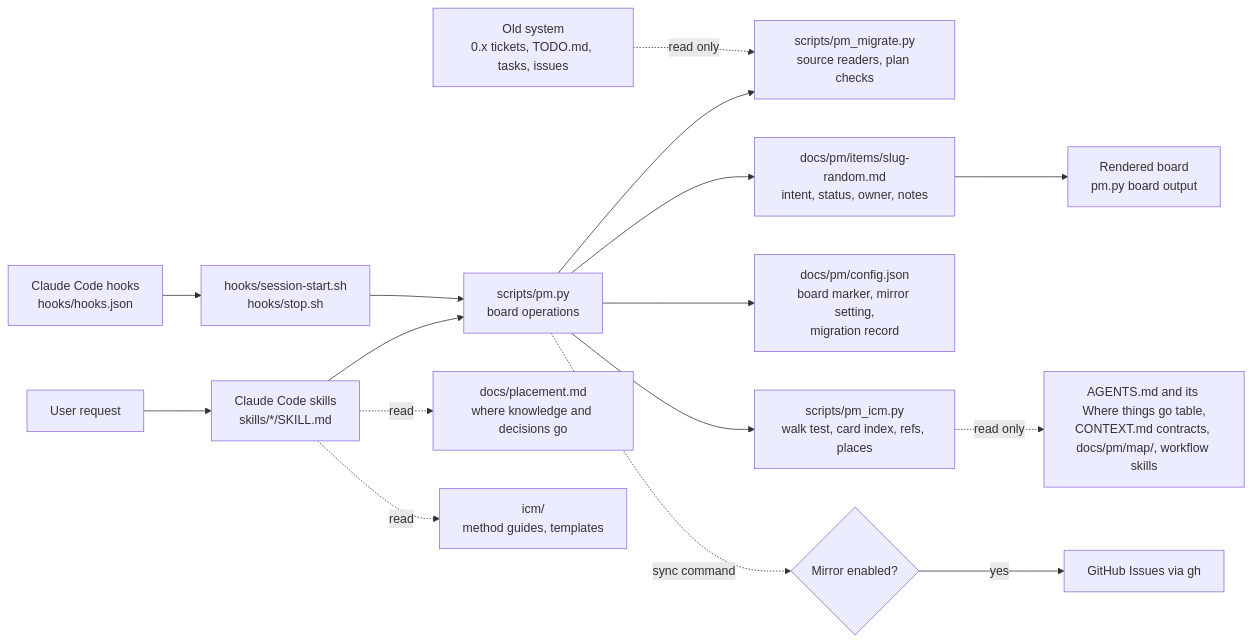
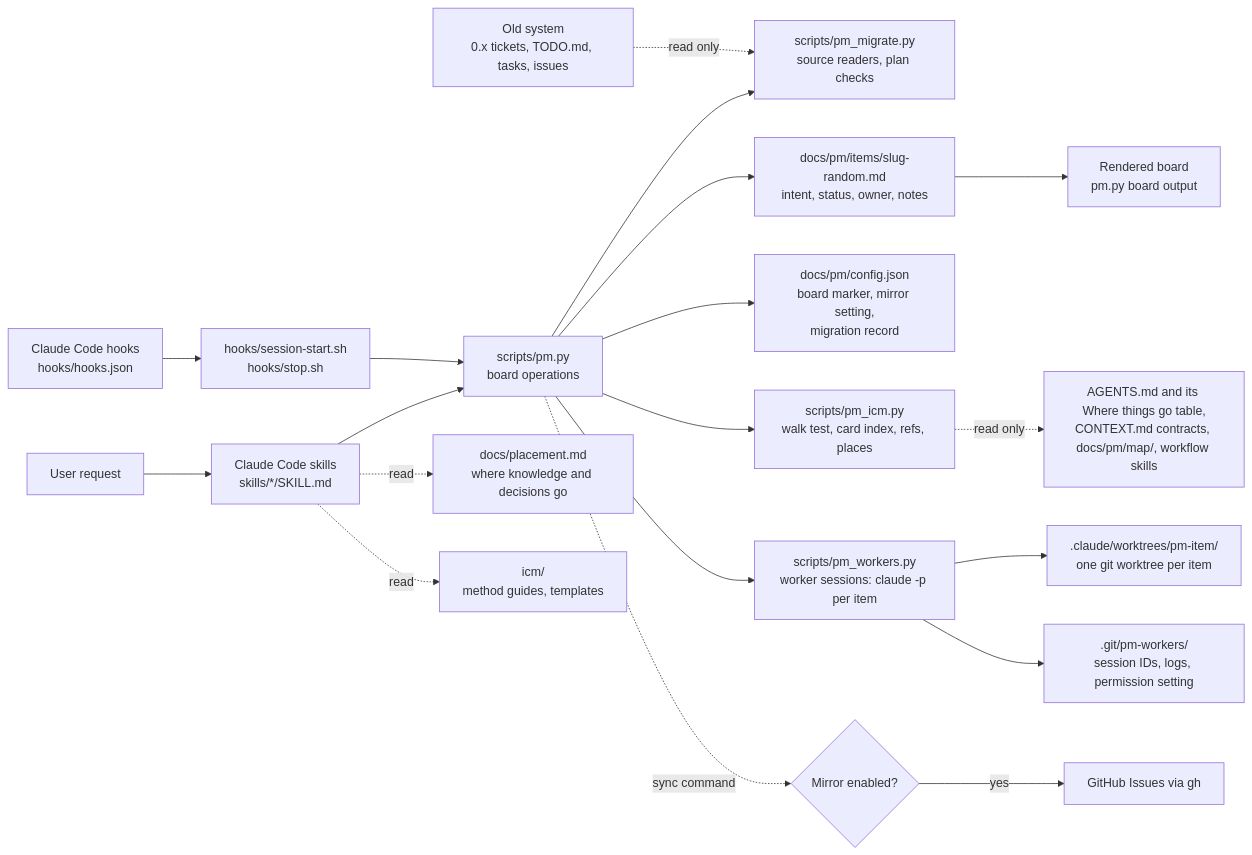
The first of 4 diagrams in docs/architecture.md (yehezkieled/pm-plugin), drawn with Mermaid before and after one commit. The commit also changed other lines of this file and 46 other files, not shown here.

First line of the commit message:
feat: run board items in dedicated worker sessions (#10)

````diff
--- a/docs/architecture.md
+++ b/docs/architecture.md
@@ -7,18 +7,21 @@
 ```mermaid
 flowchart LR
   U[User request] --> S[Claude Code skills<br/>skills/*/SKILL.md]
   S --> C[scripts/pm.py<br/>board operations]
   C --> M[scripts/pm_migrate.py<br/>source readers, plan checks]
   OLD[Old system<br/>0.x tickets, TODO.md, tasks, issues] -. read only .-> M
   C --> I[docs/pm/items/slug-random.md<br/>intent, status, owner, notes]
   C --> K[docs/pm/config.json<br/>board marker, mirror setting,<br/>migration record]
   S -. read .-> PG[docs/placement.md<br/>where knowledge and decisions go]
   S -. read .-> ICM[icm/<br/>method guides, templates]
   C --> W[scripts/pm_icm.py<br/>walk test, card index, refs, places]
+  C --> WS[scripts/pm_workers.py<br/>worker sessions: claude -p per item]
+  WS --> WT[.claude/worktrees/pm-item/<br/>one git worktree per item]
+  WS --> ST[.git/pm-workers/<br/>session IDs, logs, permission setting]
   W -. read only .-> R[AGENTS.md and its Where things go table,<br/>CONTEXT.md contracts, docs/pm/map/, workflow skills]
   I --> B[Rendered board<br/>pm.py board output]
   H[Claude Code hooks<br/>hooks/hooks.json] --> SH[hooks/session-start.sh<br/>hooks/stop.sh]
   SH --> C
   G{Mirror enabled?} -->|yes| GH[GitHub Issues via gh]
   C -. sync command .-> G
 ```
````
